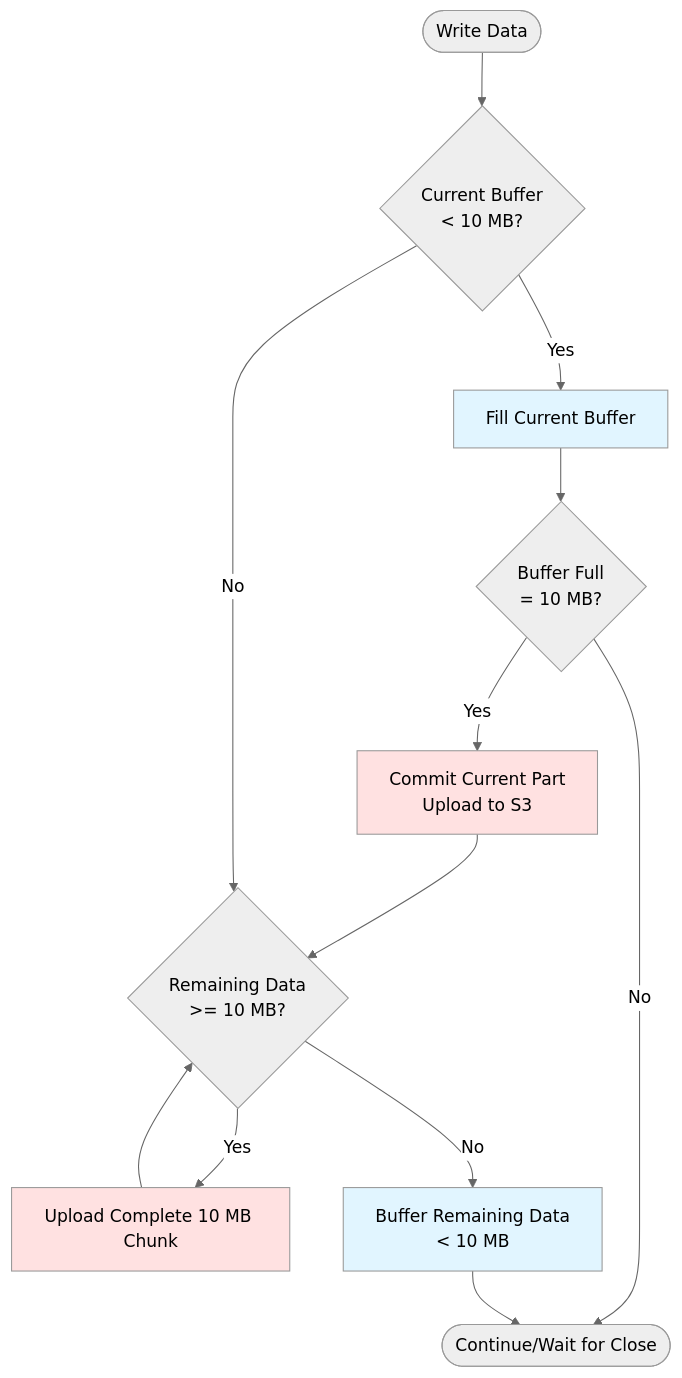
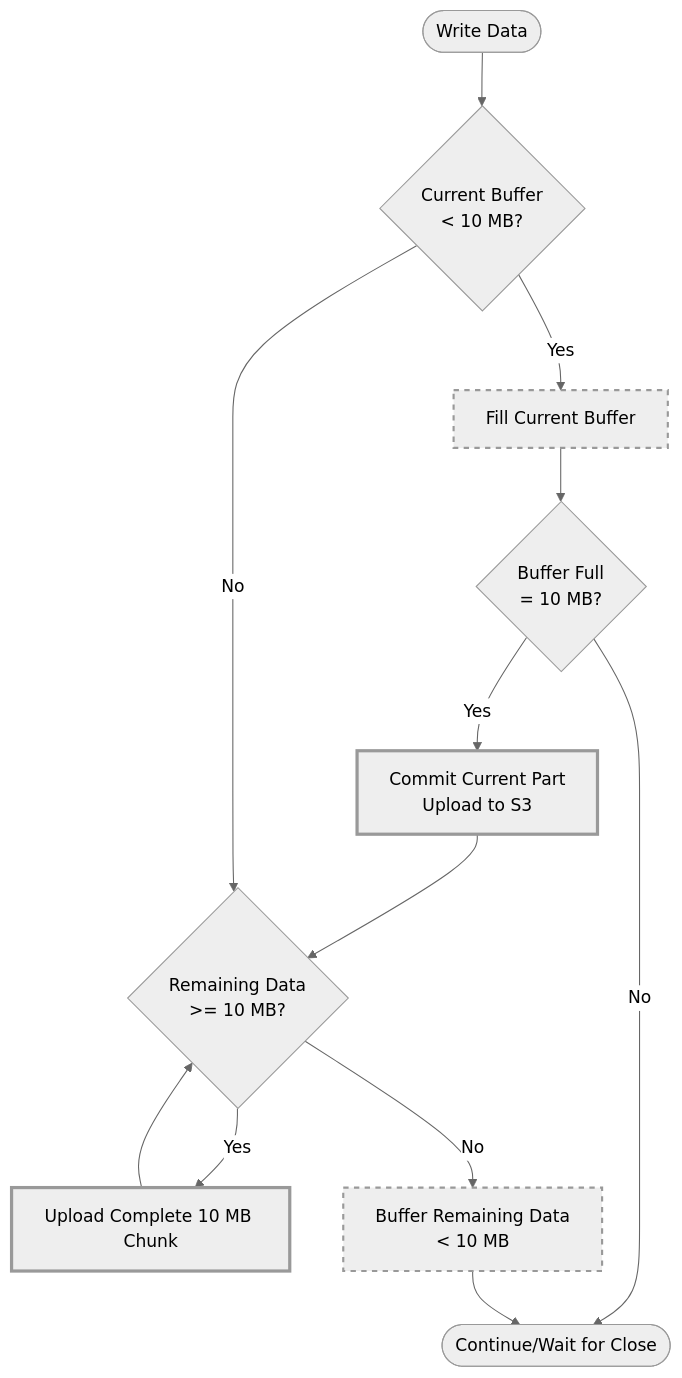
The second of 6 diagrams in docs/parquet-writer-s3-output-stream.md (nferreira/pyarrow-example-to-handle-bronze-data), drawn with Mermaid (neutral theme) before and after one commit. The commit also changed other lines of this file, not shown here.

Commit message:
Refactor flowchart styles in parquet-writer-s3-output-stream documentation for improved clarity and consistency. Updated class definitions for various operations and removed inline styles.

````diff
--- a/docs/parquet-writer-s3-output-stream.md
+++ b/docs/parquet-writer-s3-output-stream.md
@@ -185,33 +182,33 @@
 ```mermaid
 flowchart TD
     Start([Write Data])
     CheckBuffer{Current Buffer<br/>< 10 MB?}
     
     FillBuffer[Fill Current Buffer]
     CheckFull{Buffer Full<br/>= 10 MB?}
     CommitPart[Commit Current Part<br/>Upload to S3]
     
     CheckRemaining{Remaining Data<br/>>= 10 MB?}
     UploadDirect[Upload Complete 10 MB Chunk]
     BufferRest[Buffer Remaining Data<br/>< 10 MB]
     
     Done([Continue/Wait for Close])
     
     Start --> CheckBuffer
     CheckBuffer -->|Yes| FillBuffer
     FillBuffer --> CheckFull
     CheckFull -->|Yes| CommitPart
     CheckFull -->|No| Done
     CommitPart --> CheckRemaining
     
     CheckBuffer -->|No| CheckRemaining
     CheckRemaining -->|Yes| UploadDirect
     UploadDirect --> CheckRemaining
     CheckRemaining -->|No| BufferRest
     BufferRest --> Done
     
-    style FillBuffer fill:#e1f5ff
-    style CommitPart fill:#ffe1e1
-    style UploadDirect fill:#ffe1e1
-    style BufferRest fill:#e1f5ff
+    classDef memoryOp stroke-width:2px,stroke-dasharray: 5 5
+    classDef networkOp stroke-width:3px
+    class FillBuffer,BufferRest memoryOp
+    class CommitPart,UploadDirect networkOp
 ```
````
